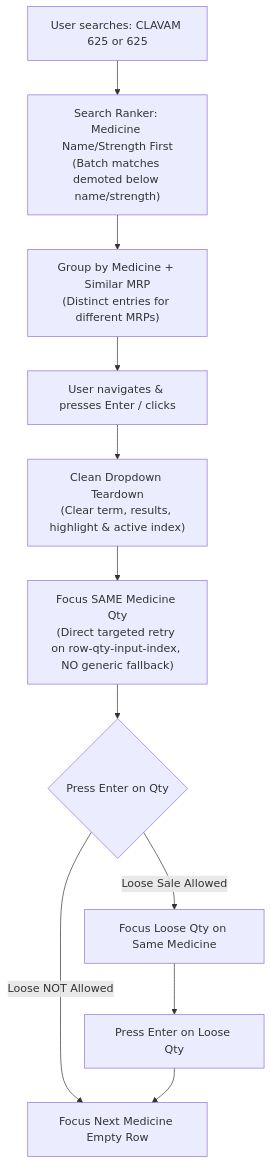
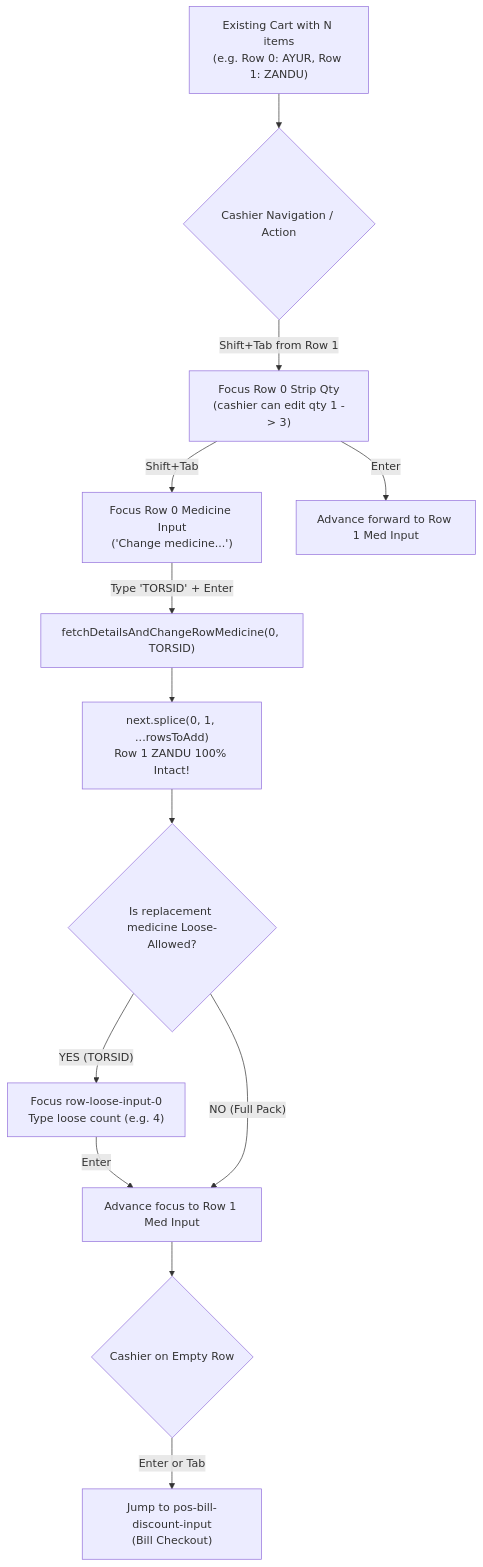
One commit to loki94in/AI-PHARMACY-V3 changed the diagram in implementation.md. Above: the diagram before and after it, drawn with Mermaid. The commit also changed other lines of this file and 12 other files, not shown here.

Commit message:
feat(pos): fast-cashier loose-first workflow, existing row re-selection, fluid keyboard navigation, and stable form element ID preservation

````diff
--- a/implementation.md
+++ b/implementation.md
@@ -19,12 +29,25 @@
 ```mermaid
 flowchart TD
-    Search["User searches: CLAVAM 625 or 625"] --> Rank["Search Ranker: Medicine Name/Strength First\n(Batch matches demoted below name/strength)"]
-    Rank --> Group["Group by Medicine + Similar MRP\n(Distinct entries for different MRPs)"]
-    Group --> Select["User navigates & presses Enter / clicks"]
-    Select --> CloseDrop["Clean Dropdown Teardown\n(Clear term, results, highlight & active index)"]
-    CloseDrop --> FocusSame["Focus SAME Medicine Qty\n(Direct targeted retry on row-qty-input-index, NO generic fallback)"]
-    FocusSame --> EnterQty{"Press Enter on Qty"}
-    EnterQty -- "Loose Sale Allowed" --> FocusLoose["Focus Loose Qty on Same Medicine"]
-    EnterQty -- "Loose NOT Allowed" --> NextMed["Focus Next Medicine Empty Row"]
-    FocusLoose --> EnterLoose["Press Enter on Loose Qty"] --> NextMed
+    CartExisting["Existing Cart with N items\n(e.g. Row 0: AYUR, Row 1: ZANDU)"]
+    
+    NavChoice{"Cashier Navigation / Action"}
+    CartExisting --> NavChoice
+    
+    %% Action A: Backward Navigation
+    NavChoice -- "Shift+Tab from Row 1" --> FocusRow0Qty["Focus Row 0 Strip Qty\n(cashier can edit qty 1 -> 3)"]
+    FocusRow0Qty -- "Shift+Tab" --> FocusRow0Med["Focus Row 0 Medicine Input\n('Change medicine...')"]
+    FocusRow0Qty -- "Enter" --> FocusRow1Med["Advance forward to Row 1 Med Input"]
+    
+    %% Action B: Re-select Medicine on Row 0
+    FocusRow0Med -- "Type 'TORSID' + Enter" --> ReSelect["fetchDetailsAndChangeRowMedicine(0, TORSID)"]
+    ReSelect --> SpliceOnly["next.splice(0, 1, ...rowsToAdd)\nRow 1 ZANDU 100% Intact!"]
+    
+    SpliceOnly --> CheckNewType{"Is replacement medicine Loose-Allowed?"}
+    CheckNewType -- "YES (TORSID)" --> DirectLoose["Focus row-loose-input-0\nType loose count (e.g. 4)"]
+    DirectLoose -- "Enter" --> AdvanceNext["Advance focus to Row 1 Med Input"]
+    CheckNewType -- "NO (Full Pack)" --> AdvanceNext
+    
+    %% Action C: Empty Row Checkout
+    AdvanceNext --> CheckEmptyAction{"Cashier on Empty Row"}
+    CheckEmptyAction -- "Enter or Tab" --> Checkout["Jump to pos-bill-discount-input\n(Bill Checkout)"]
 ```
````
